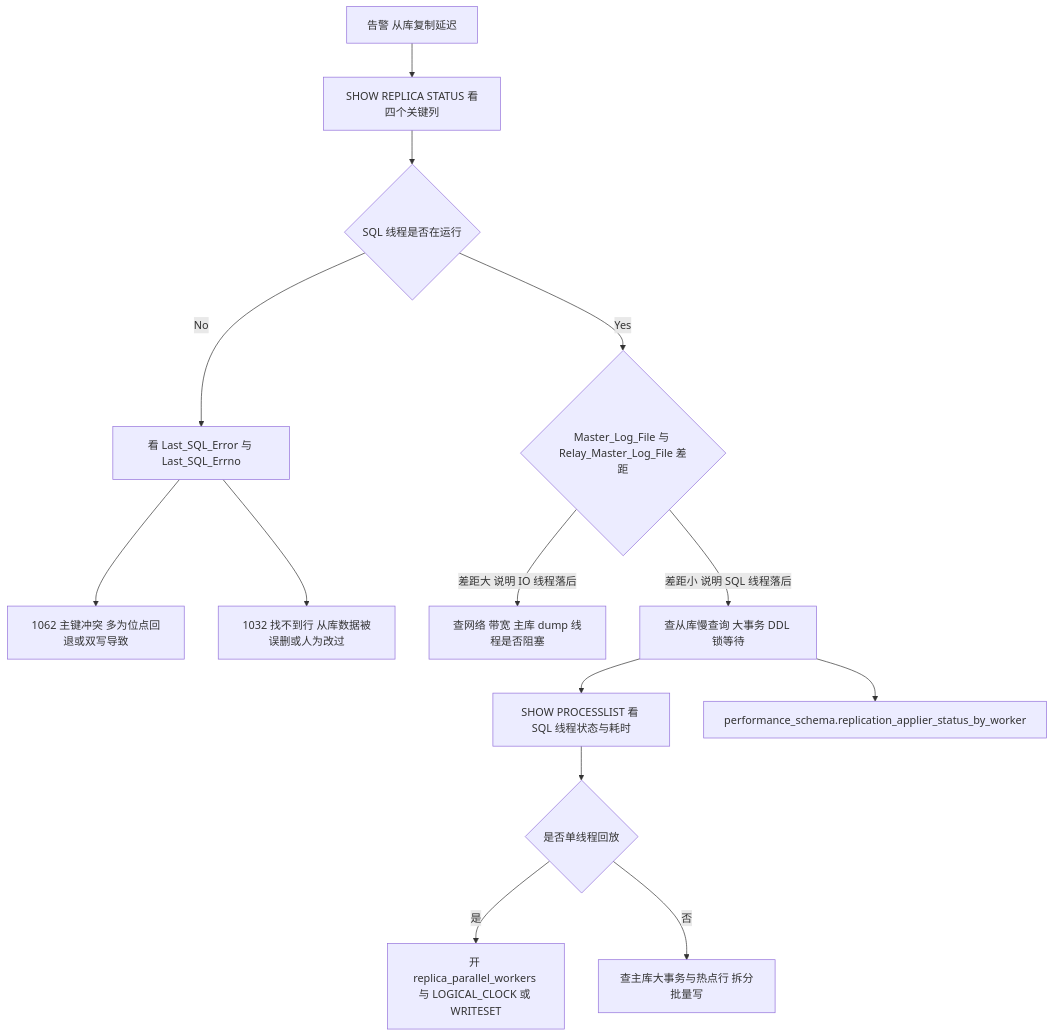
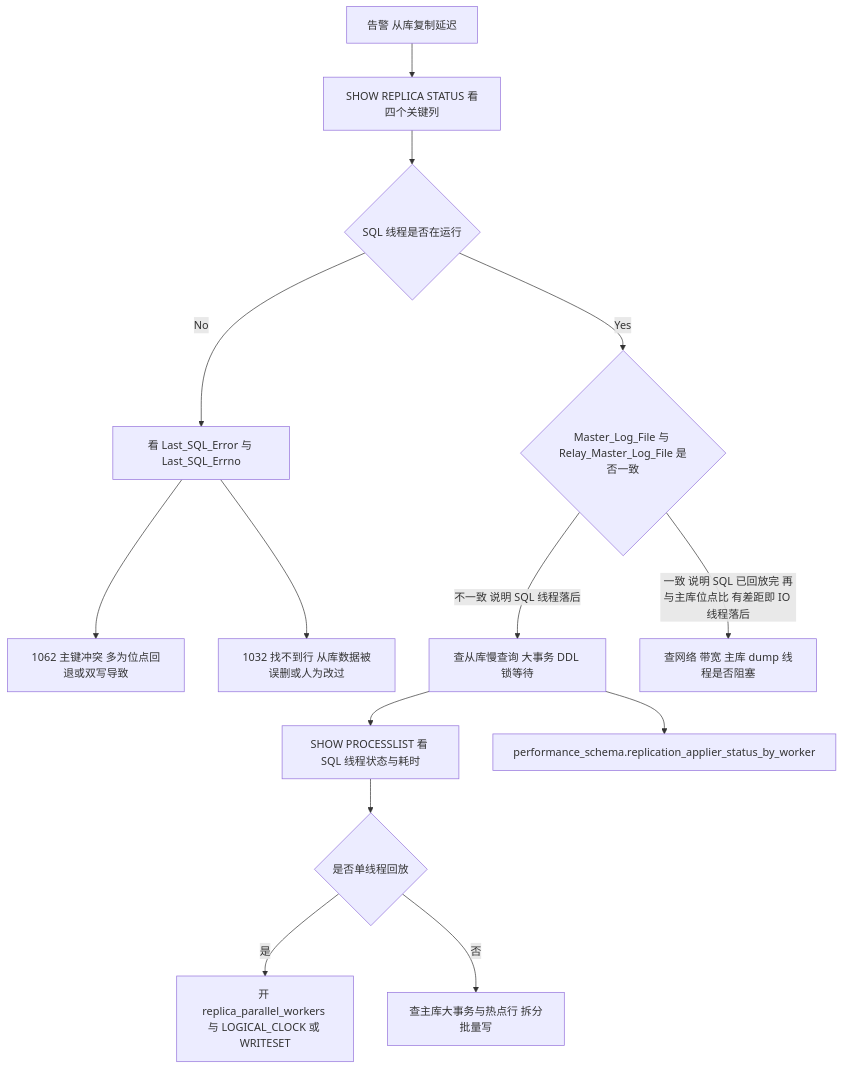
The fifth of 12 diagrams in 05-database/03-MySQL高可用与分库分表.md (jacketan/java-interview), drawn with Mermaid before and after one commit. The commit also changed other lines of this file and 38 other files, not shown here.

````diff
--- a/05-database/03-MySQL高可用与分库分表.md
+++ b/05-database/03-MySQL高可用与分库分表.md
@@ -275,16 +277,16 @@
 ```mermaid
 flowchart TD
   A["告警 从库复制延迟"] --> B["SHOW REPLICA STATUS 看四个关键列"]
   B --> C{"SQL 线程是否在运行"}
   C -->|"No"| D["看 Last_SQL_Error 与 Last_SQL_Errno"]
   D --> D1["1062 主键冲突 多为位点回退或双写导致"]
   D --> D2["1032 找不到行 从库数据被误删或人为改过"]
-  C -->|"Yes"| E{"Master_Log_File 与 Relay_Master_Log_File 差距"}
-  E -->|"差距大 说明 IO 线程落后"| F["查网络 带宽 主库 dump 线程是否阻塞"]
-  E -->|"差距小 说明 SQL 线程落后"| G["查从库慢查询 大事务 DDL 锁等待"]
+  C -->|"Yes"| E{"Master_Log_File 与 Relay_Master_Log_File 是否一致"}
+  E -->|"不一致 说明 SQL 线程落后"| G["查从库慢查询 大事务 DDL 锁等待"]
+  E -->|"一致 说明 SQL 已回放完 再与主库位点比 有差距即 IO 线程落后"| F["查网络 带宽 主库 dump 线程是否阻塞"]
   G --> H["SHOW PROCESSLIST 看 SQL 线程状态与耗时"]
   G --> I["performance_schema.replication_applier_status_by_worker"]
   H --> J{"是否单线程回放"}
   J -->|"是"| K["开 replica_parallel_workers 与 LOGICAL_CLOCK 或 WRITESET"]
   J -->|"否"| L["查主库大事务与热点行 拆分批量写"]
 ```
````
